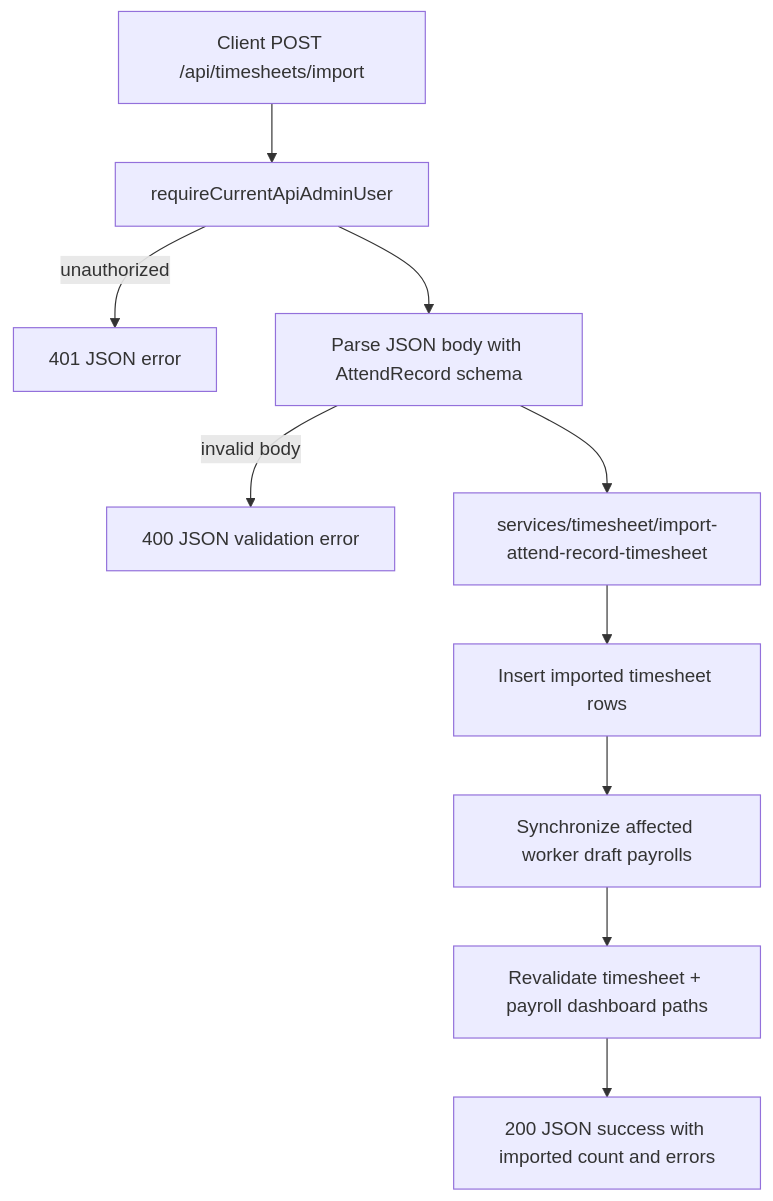
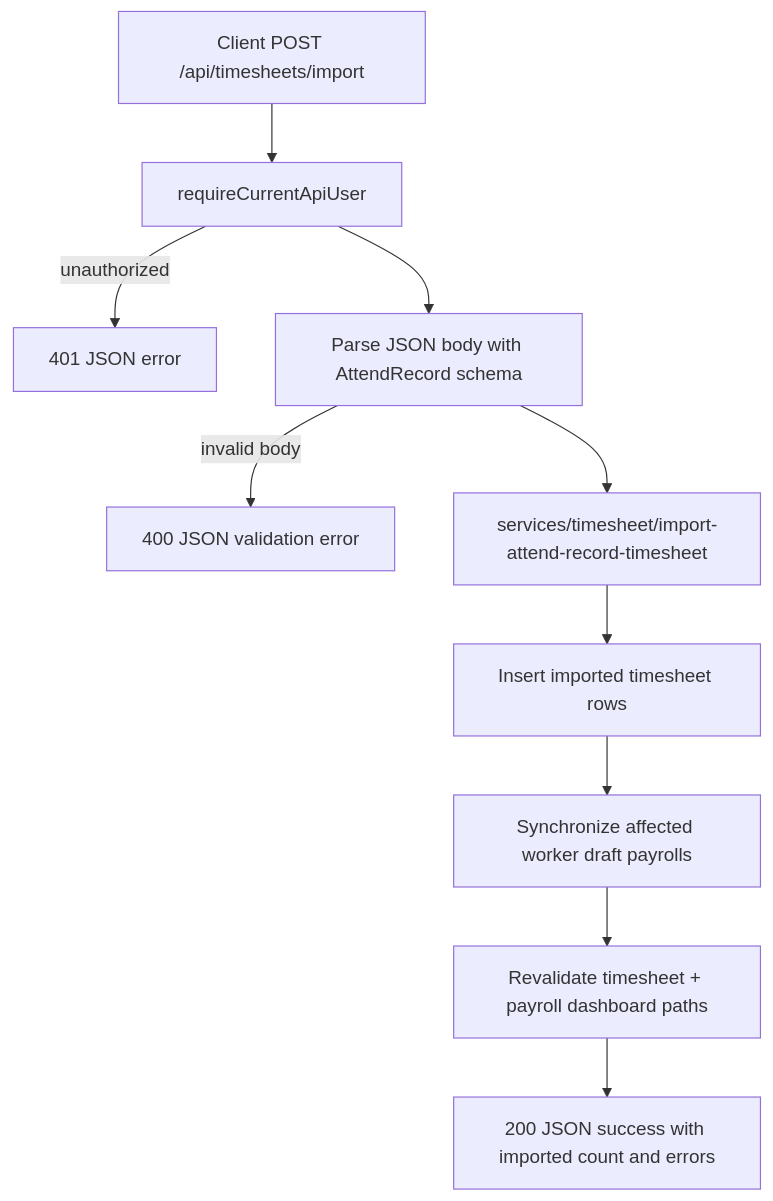
Before and after one commit to daniellim922/One-Laundry-Project-Alpha-v1: the fourth of 5 diagrams in .codex/docs/api-workflows.md, drawn with Mermaid. The commit also changed other lines of this file and 73 other files, not shown here.

First line of the commit message:
refactor: update authentication flow and documentation

````diff
--- a/.codex/docs/api-workflows.md
+++ b/.codex/docs/api-workflows.md
@@ -75,12 +75,12 @@
 ```mermaid
 flowchart TD
-    A[Client POST /api/timesheets/import] --> B[requireCurrentApiAdminUser]
+    A[Client POST /api/timesheets/import] --> B[requireCurrentApiUser]
     B -->|unauthorized| X[401 JSON error]
     B --> C[Parse JSON body with AttendRecord schema]
     C -->|invalid body| D[400 JSON validation error]
     C --> E[services/timesheet/import-attend-record-timesheet]
     E --> F[Insert imported timesheet rows]
     F --> G[Synchronize affected worker draft payrolls]
     G --> H[Revalidate timesheet + payroll dashboard paths]
     H --> I[200 JSON success with imported count and errors]
 ```
````
